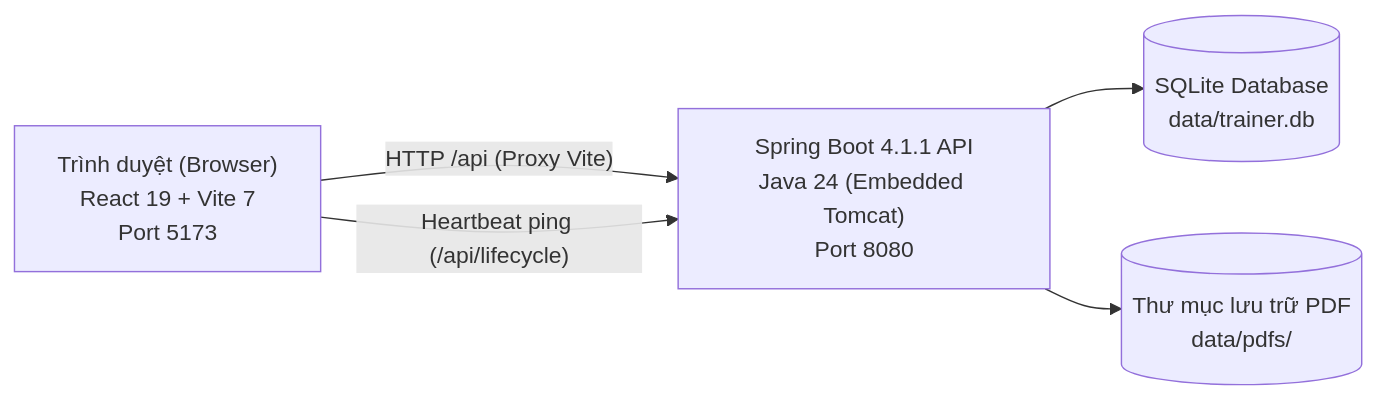
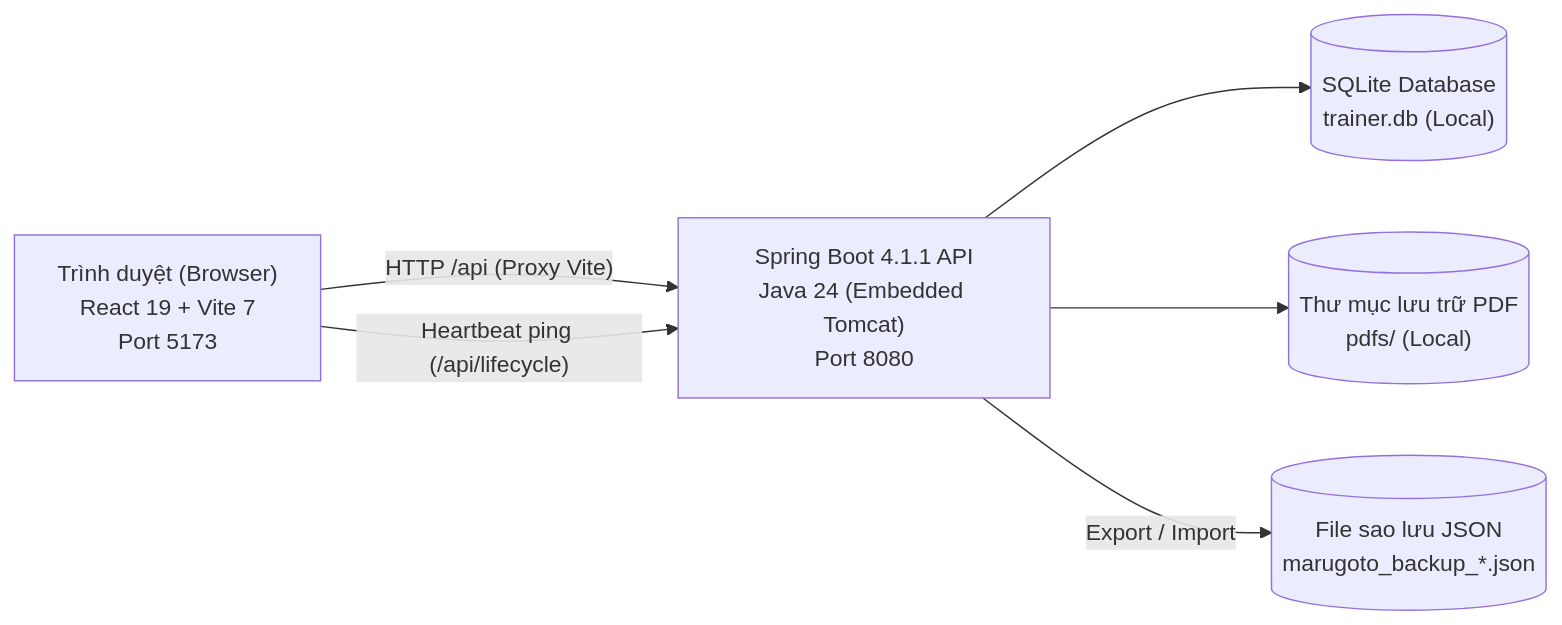
Before and after one commit to VIEhackersama/Marugoto_Vocab_Trainer: the diagram in README.md, drawn with Mermaid. The commit also changed other lines of this file and 14 other files, not shown here.

````diff
--- a/README.md
+++ b/README.md
@@ -173,12 +142,14 @@
 ```mermaid
 flowchart LR
     Browser["Trình duyệt (Browser)<br/>React 19 + Vite 7<br/>Port 5173"]
     Backend["Spring Boot 4.1.1 API<br/>Java 24 (Embedded Tomcat)<br/>Port 8080"]
-    DB[("SQLite Database<br/>data/trainer.db")]
-    PDFStore[("Thư mục lưu trữ PDF<br/>data/pdfs/")]
+    DB[("SQLite Database<br/>trainer.db (Local)")]
+    PDFStore[("Thư mục lưu trữ PDF<br/>pdfs/ (Local)")]
+    BackupJSON[("File sao lưu JSON<br/>marugoto_backup_*.json")]
 
     Browser -- "HTTP /api (Proxy Vite)" --> Backend
     Browser -- "Heartbeat ping (/api/lifecycle)" --> Backend
     Backend --> DB
     Backend --> PDFStore
+    Backend -- "Export / Import" --> BackupJSON
 ```
````
